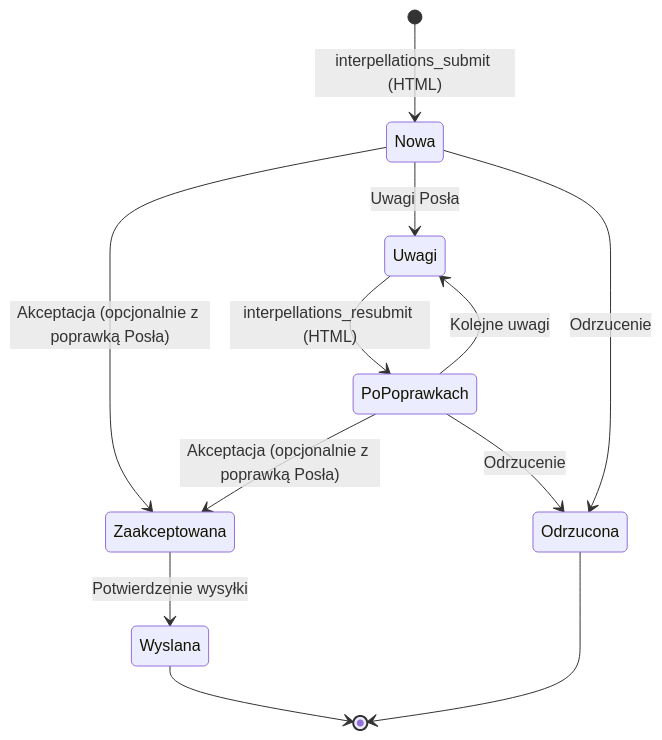
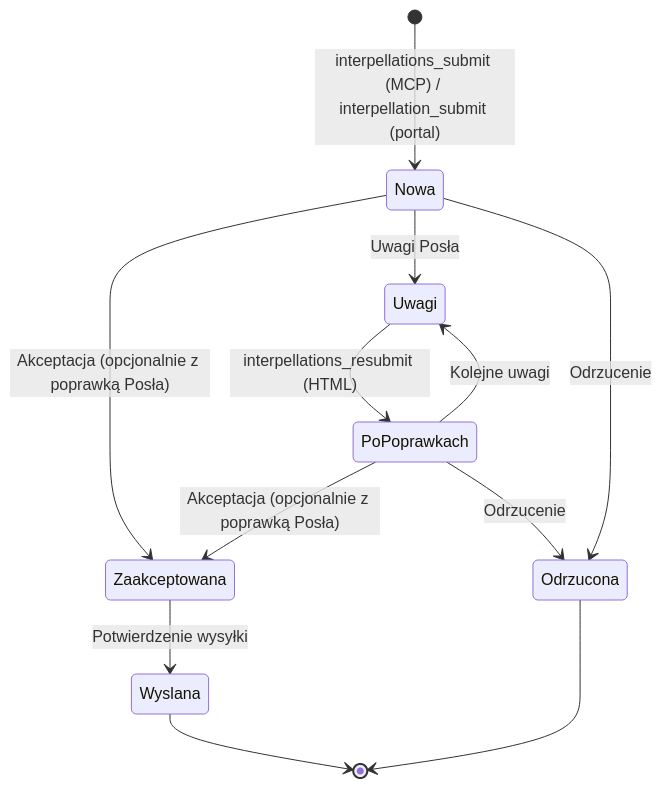
The diagram in ai-lib/context-map/features/interpelacje.md (JakubLog/legatto), drawn with Mermaid before and after one commit. The commit also changed other lines of this file and 88 other files, not shown here.

````diff
--- a/ai-lib/context-map/features/interpelacje.md
+++ b/ai-lib/context-map/features/interpelacje.md
@@ -15,14 +15,14 @@
 ```mermaid
 stateDiagram-v2
-  [*] --> Nowa: interpellations_submit (HTML)
+  [*] --> Nowa: interpellations_submit (MCP) / interpellation_submit (portal)
   Nowa --> Zaakceptowana: Akceptacja (opcjonalnie z poprawką Posła)
   Nowa --> Uwagi: Uwagi Posła
   Nowa --> Odrzucona: Odrzucenie
   Uwagi --> PoPoprawkach: interpellations_resubmit (HTML)
   PoPoprawkach --> Zaakceptowana: Akceptacja (opcjonalnie z poprawką Posła)
   PoPoprawkach --> Uwagi: Kolejne uwagi
   PoPoprawkach --> Odrzucona: Odrzucenie
   Zaakceptowana --> Wyslana: Potwierdzenie wysyłki
   Odrzucona --> [*]
   Wyslana --> [*]
 ```
````
